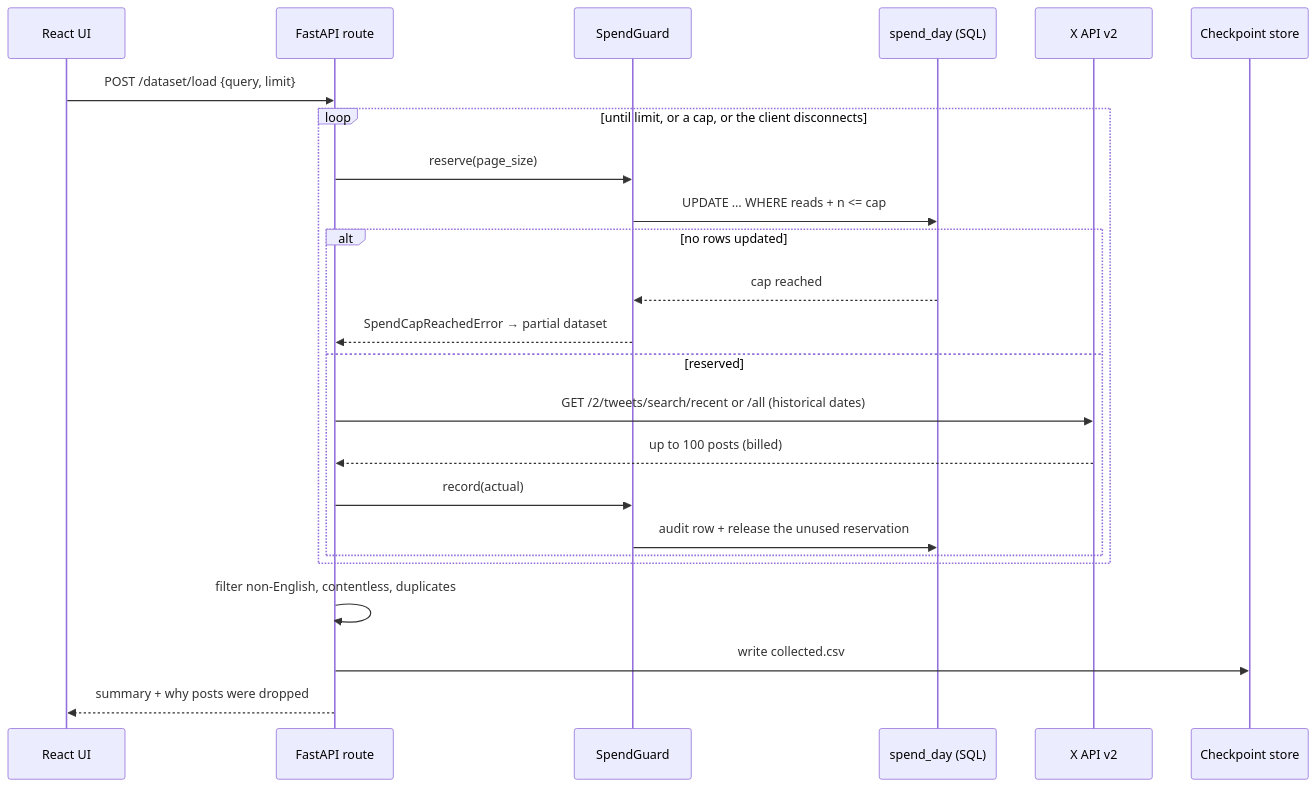
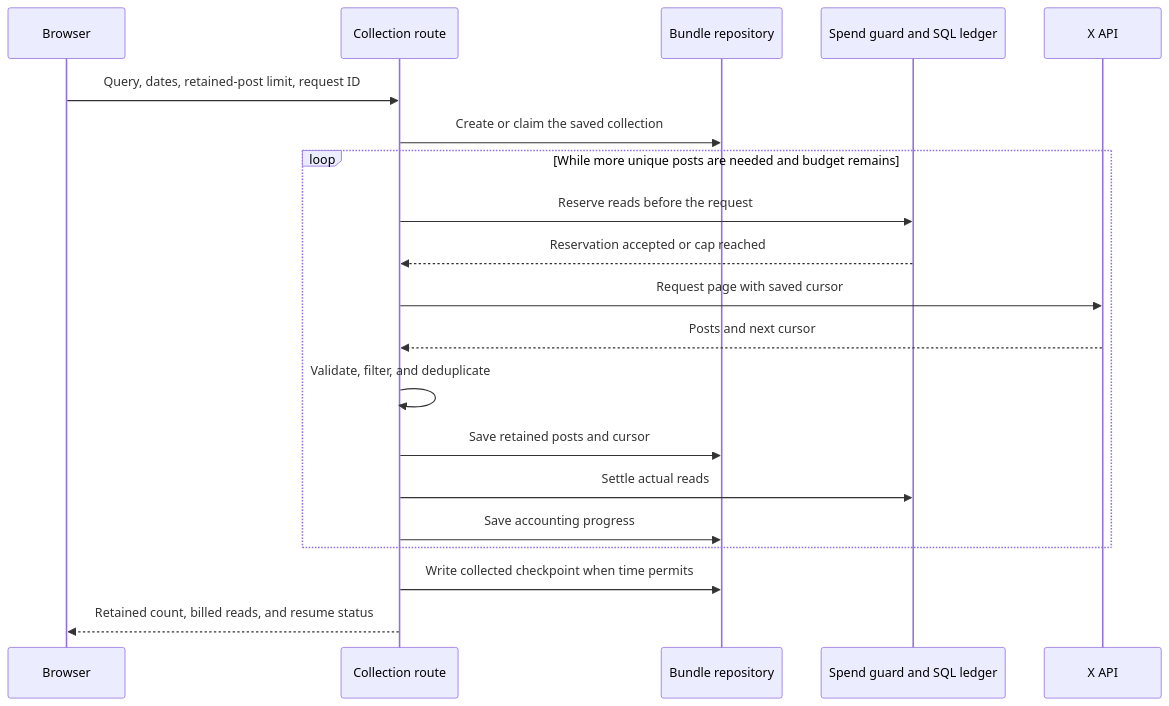
One commit to rharper12/NLP_Sentiment_Analyis changed the fourth of 6 diagrams in docs/architecture-diagrams.md. Above: the diagram before and after it, drawn with Mermaid. The commit also changed other lines of this file and 38 other files, not shown here.

````diff
--- a/docs/architecture-diagrams.md
+++ b/docs/architecture-diagrams.md
@@ -108,27 +81,25 @@
 ```mermaid
 sequenceDiagram
-    participant UI as React UI
-    participant API as FastAPI route
-    participant G as SpendGuard
-    participant DB as spend_day (SQL)
-    participant X as X API v2
-    participant CK as Checkpoint store
+    accTitle: X collection progress
+    accDescr: The API claims a dataset, reserves reads, retrieves and filters a page, saves the cursor, settles accounting, and repeats while more retained posts are needed.
+    participant UI as Browser
+    participant API as Collection route
+    participant Store as Bundle repository
+    participant Guard as Spend guard and SQL ledger
+    participant X as X API
 
-    UI->>API: POST /dataset/load {query, limit}
-    loop until limit, or a cap, or the client disconnects
-        API->>G: reserve(page_size)
-        G->>DB: UPDATE … WHERE reads + n <= cap
-        alt no rows updated
-            DB-->>G: cap reached
-            G-->>API: SpendCapReachedError → partial dataset
-        else reserved
-            API->>X: GET /2/tweets/search/recent or /all (historical dates)
-            X-->>API: up to 100 posts (billed)
-            API->>G: record(actual)
-            G->>DB: audit row + release the unused reservation
-        end
+    UI->>API: Query, dates, retained-post limit, request ID
+    API->>Store: Create or claim the saved collection
+    loop While more unique posts are needed and budget remains
+        API->>Guard: Reserve reads before the request
+        Guard-->>API: Reservation accepted or cap reached
+        API->>X: Request page with saved cursor
+        X-->>API: Posts and next cursor
+        API->>API: Validate, filter, and deduplicate
+        API->>Store: Save retained posts and cursor
+        API->>Guard: Settle actual reads
+        API->>Store: Save accounting progress
     end
-    API->>API: filter non-English, contentless, duplicates
-    API->>CK: write collected.csv
-    API-->>UI: summary + why posts were dropped
+    API->>Store: Write collected checkpoint when time permits
+    API-->>UI: Retained count, billed reads, and resume status
 ```
````
